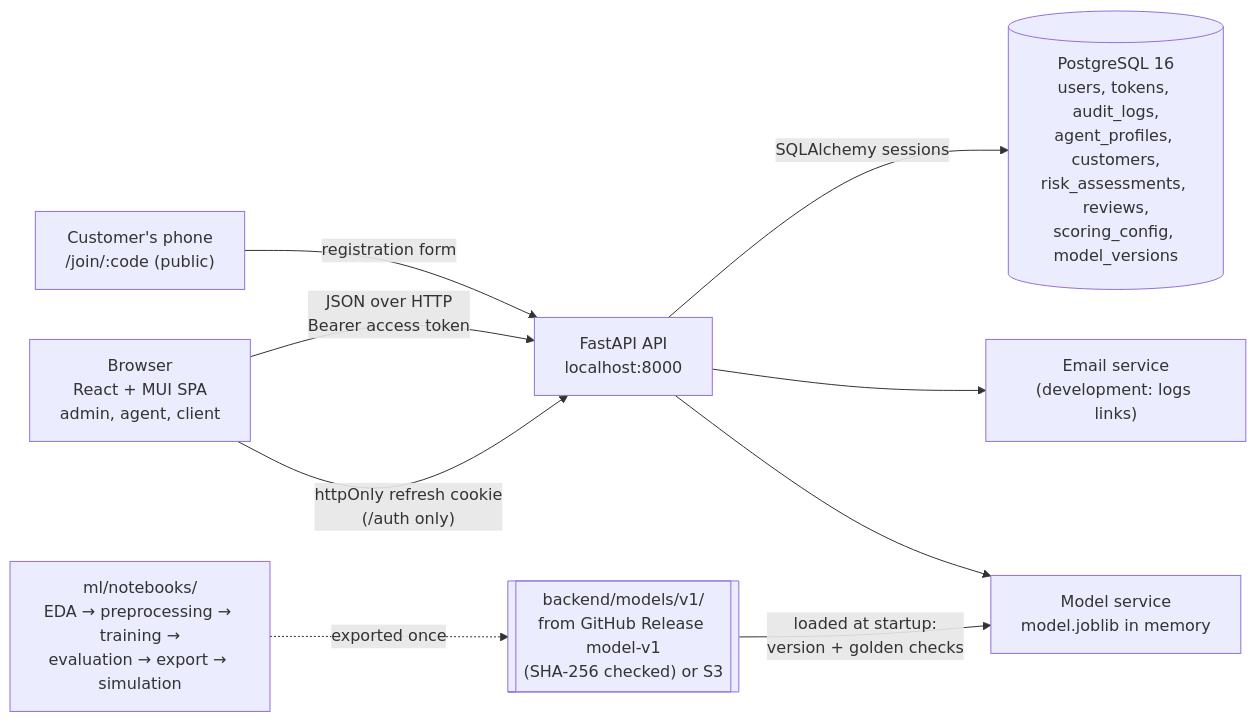
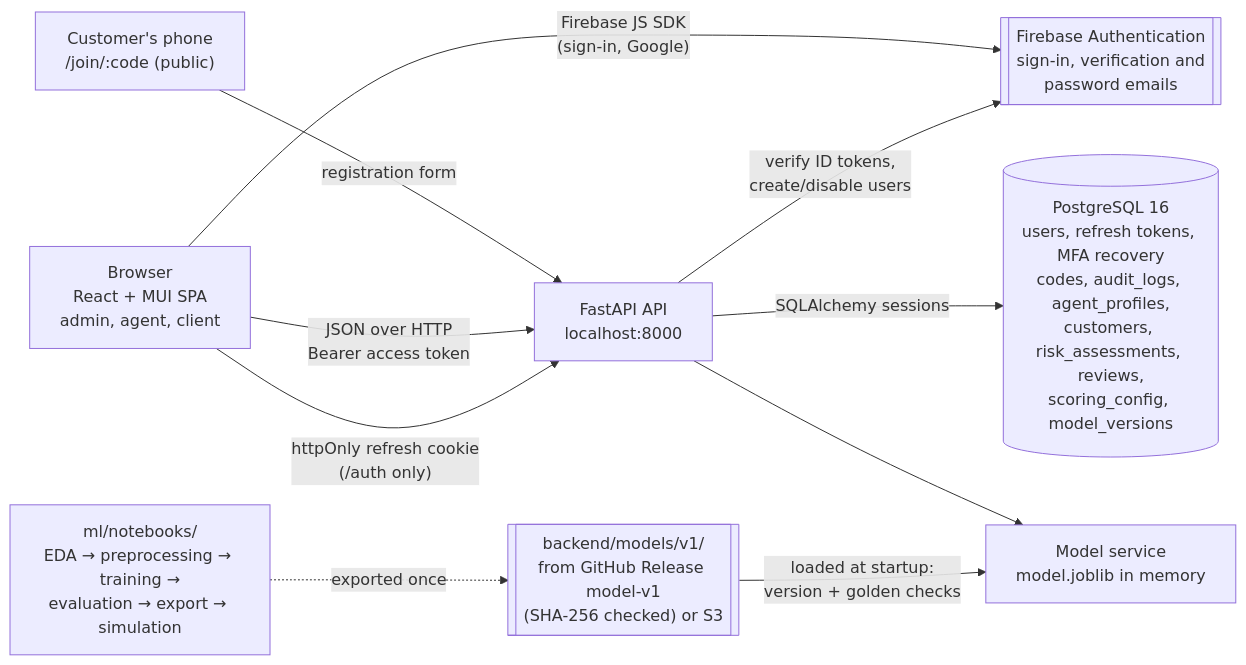
The first of 3 diagrams in docs/architecture.md (Myranyamwanda/Salesmesh), drawn with Mermaid before and after one commit. The commit also changed other lines of this file and 7 other files, not shown here.

Commit message:
docs: update the other guides for Firebase authentication

````diff
--- a/docs/architecture.md
+++ b/docs/architecture.md
@@ -11,20 +11,21 @@
 ```mermaid
 flowchart LR
     customer["Customer's phone<br/>/join/:code (public)"]
     browser["Browser<br/>React + MUI SPA<br/>admin, agent, client"]
     api["FastAPI API<br/>localhost:8000"]
-    db[("PostgreSQL 16<br/>users, tokens, audit_logs,<br/>agent_profiles, customers,<br/>risk_assessments, reviews,<br/>scoring_config, model_versions")]
-    email["Email service<br/>(development: logs links)"]
+    db[("PostgreSQL 16<br/>users, refresh tokens, MFA recovery<br/>codes, audit_logs, agent_profiles,<br/>customers, risk_assessments, reviews,<br/>scoring_config, model_versions")]
+    firebase[["Firebase Authentication<br/>sign-in, verification and<br/>password emails"]]
     model["Model service<br/>model.joblib in memory"]
     files[["backend/models/v1/<br/>from GitHub Release model-v1<br/>(SHA-256 checked) or S3"]]
     notebooks["ml/notebooks/<br/>EDA → preprocessing → training →<br/>evaluation → export → simulation"]
 
     customer -->|"registration form"| api
     browser -- "JSON over HTTP<br/>Bearer access token" --> api
     browser -- "httpOnly refresh cookie<br/>(/auth only)" --> api
+    browser -- "Firebase JS SDK<br/>(sign-in, Google)" --> firebase
+    api -- "verify ID tokens,<br/>create/disable users" --> firebase
     api -- "SQLAlchemy sessions" --> db
-    api --> email
     api --> model
     files -->|"loaded at startup:<br/>version + golden checks"| model
     notebooks -.->|"exported once"| files
 ```
````
